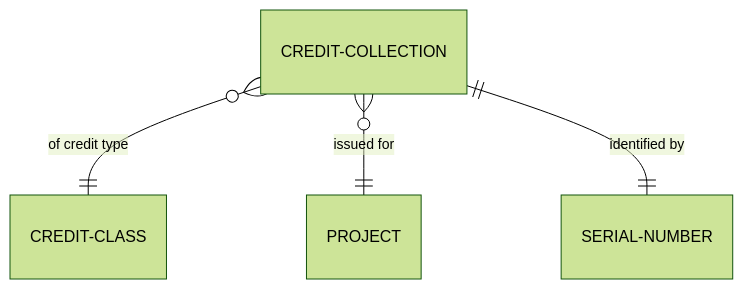
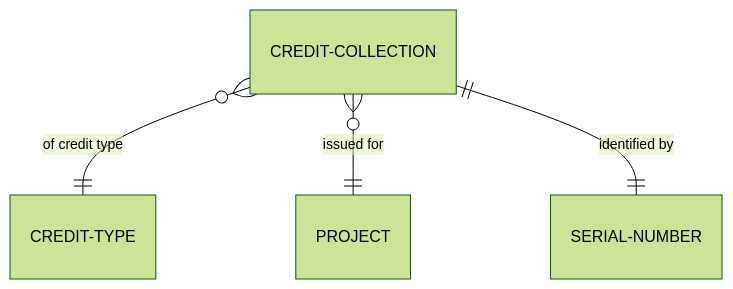
One commit to EmpowerPlastic/empowerchain changed the second of 3 diagrams in chain/x/plasticcredit/README.md. Above: the diagram before and after it, drawn with Mermaid (forest theme). The commit also changed other lines of this file and 20 other files, not shown here.

````diff
--- a/chain/x/plasticcredit/README.md
+++ b/chain/x/plasticcredit/README.md
@@ -66,6 +66,6 @@
 ```mermaid
 erDiagram
-    CREDIT-COLLECTION }o--|| CREDIT-CLASS: "of credit type"
+    CREDIT-COLLECTION }o--|| CREDIT-TYPE: "of credit type"
     CREDIT-COLLECTION }o--|| PROJECT: "issued for"
     CREDIT-COLLECTION ||--|| SERIAL-NUMBER: "identified by"
 ```
````
